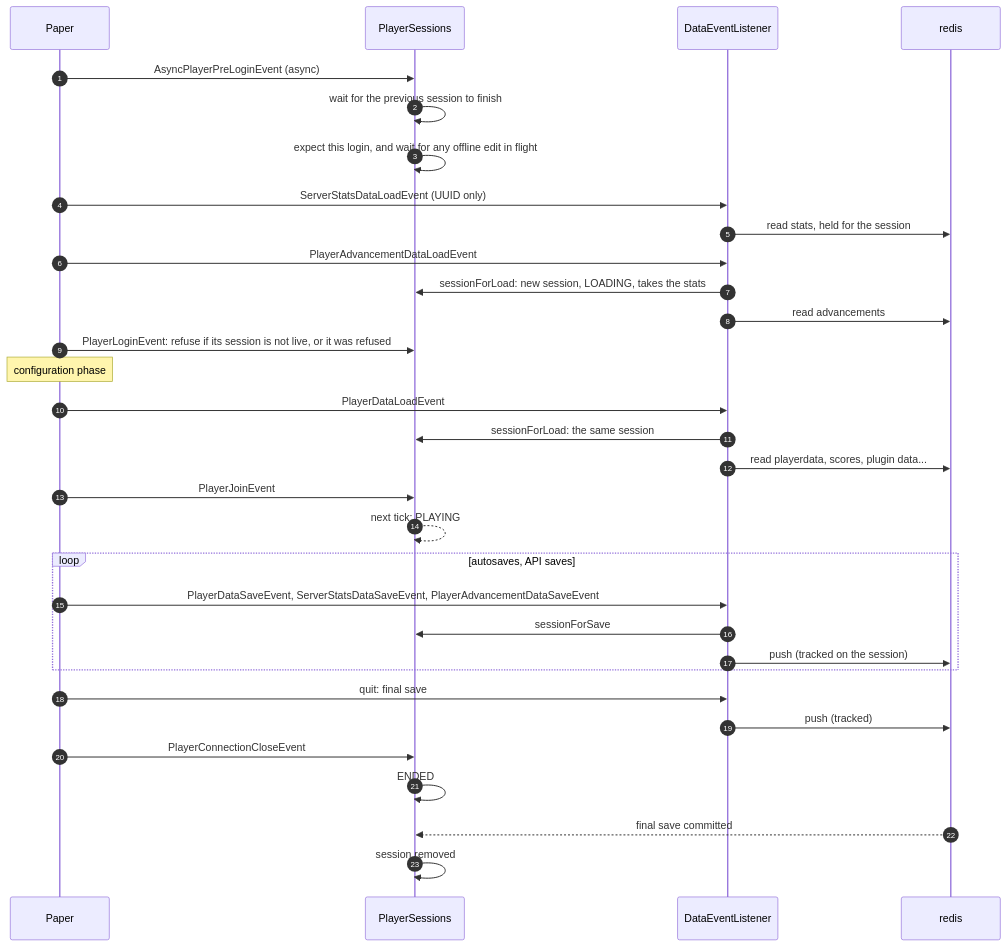
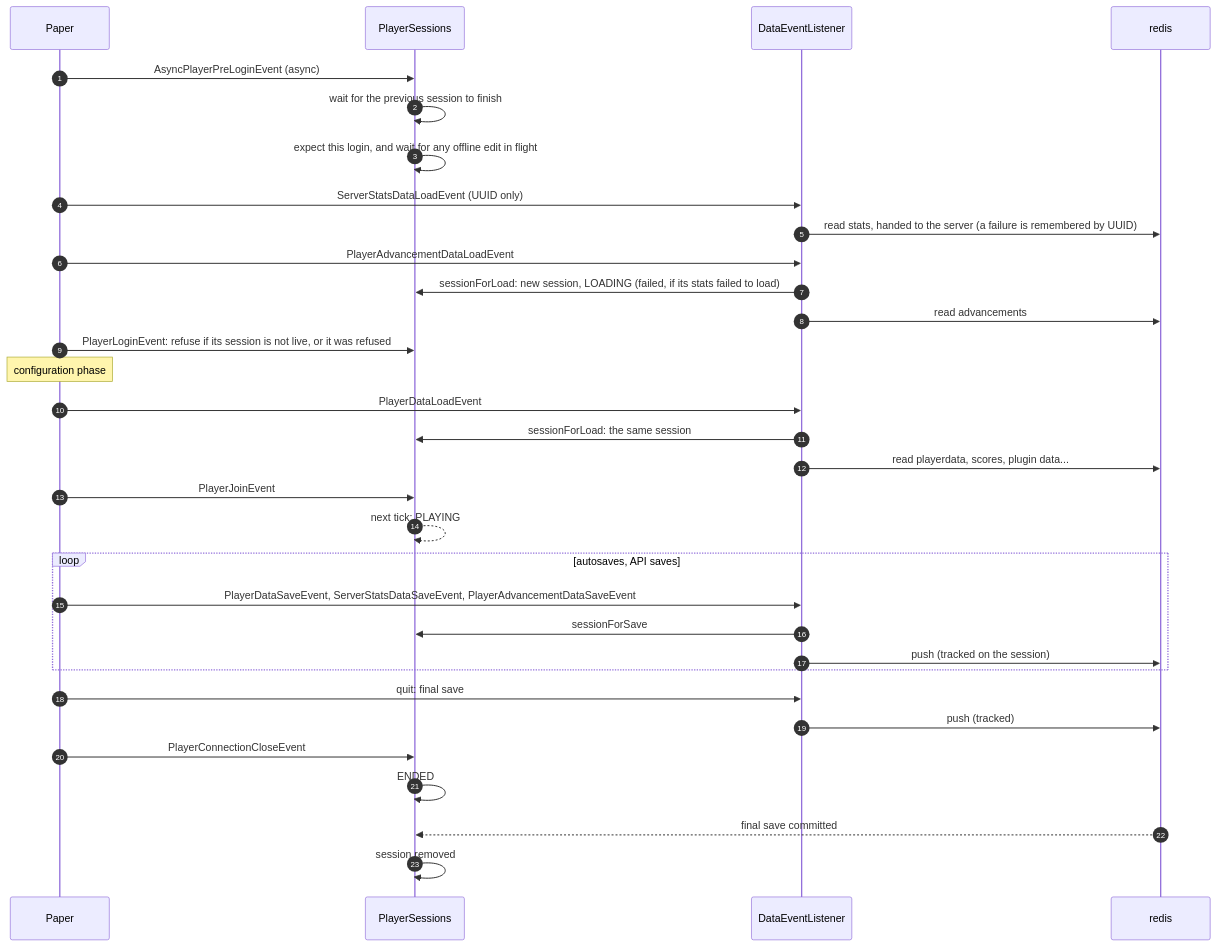
Before and after one commit to TeamMonumenta/monumenta-server-management: the second of 4 diagrams in redis-sync/ARCHITECTURE.md, drawn with Mermaid. The commit also changed other lines of this file and 14 other files, not shown here.

````diff
--- a/redis-sync/ARCHITECTURE.md
+++ b/redis-sync/ARCHITECTURE.md
@@ -129,34 +129,34 @@
 ```mermaid
 sequenceDiagram
     autonumber
     participant P as Paper
     participant S as PlayerSessions
     participant D as DataEventListener
     participant R as redis
     P->>S: AsyncPlayerPreLoginEvent (async)
     S->>S: wait for the previous session to finish
     S->>S: expect this login, and wait for any offline edit in flight
     P->>D: ServerStatsDataLoadEvent (UUID only)
-    D->>R: read stats, held for the session
+    D->>R: read stats, handed to the server (a failure is remembered by UUID)
     P->>D: PlayerAdvancementDataLoadEvent
-    D->>S: sessionForLoad: new session, LOADING, takes the stats
+    D->>S: sessionForLoad: new session, LOADING (failed, if its stats failed to load)
     D->>R: read advancements
     P->>S: PlayerLoginEvent: refuse if its session is not live, or it was refused
     Note over P: configuration phase
     P->>D: PlayerDataLoadEvent
     D->>S: sessionForLoad: the same session
     D->>R: read playerdata, scores, plugin data...
     P->>S: PlayerJoinEvent
     S-->>S: next tick: PLAYING
     loop autosaves, API saves
         P->>D: PlayerDataSaveEvent, ServerStatsDataSaveEvent, PlayerAdvancementDataSaveEvent
         D->>S: sessionForSave
         D->>R: push (tracked on the session)
     end
     P->>D: quit: final save
     D->>R: push (tracked)
     P->>S: PlayerConnectionCloseEvent
     S->>S: ENDED
     R-->>S: final save committed
     S->>S: session removed
 ```
````
